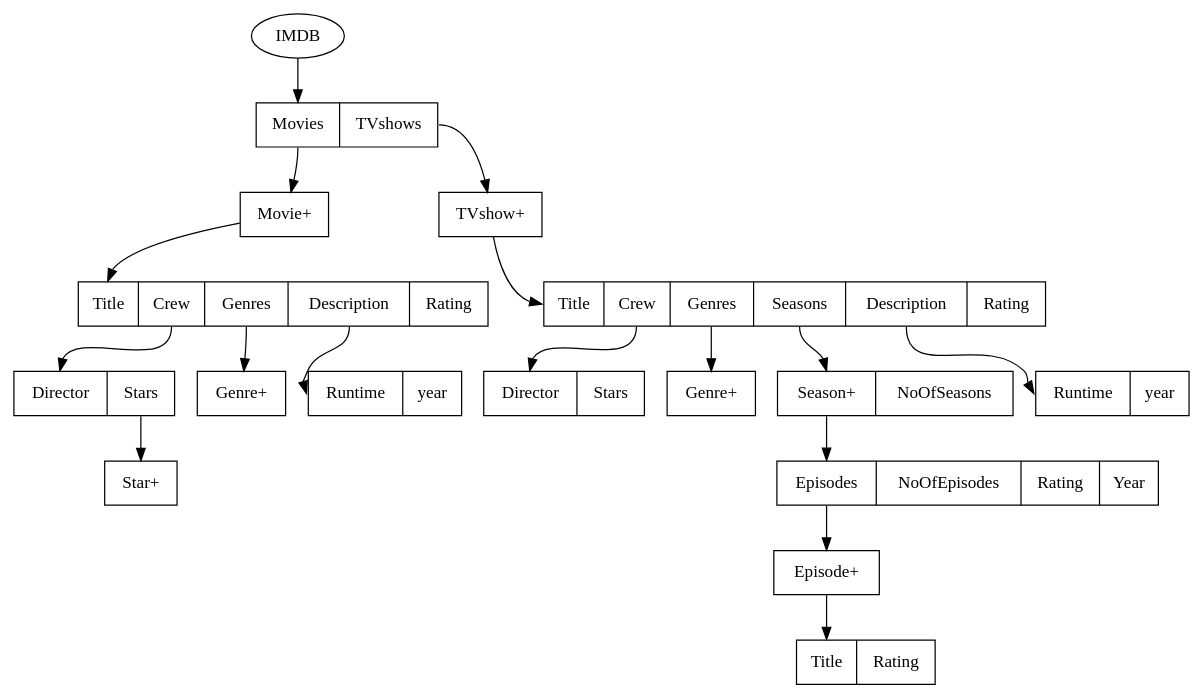
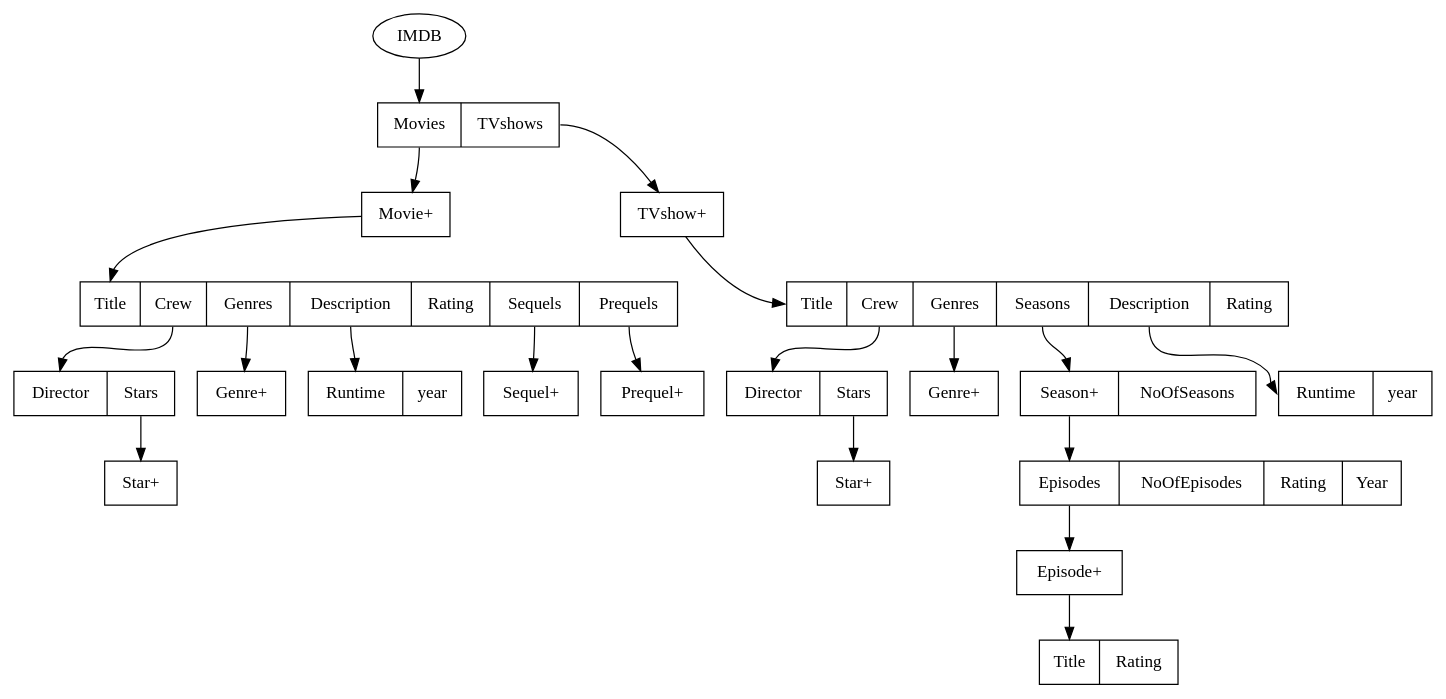
One commit to akhiln28/ontology_assignment1 changed the diagram in imdb.dot. Above: the diagram before and after it, drawn with Graphviz. The commit also changed 3 other files, not shown here.

Commit message:
Modified schema and GenIMDB.xml for validation

```diff
--- a/imdb.dot
+++ b/imdb.dot
@@ -1,50 +1,59 @@
 digraph g{
     IMDB[label="IMDB"]
     IMDB_table[label = "<f0>Movies|<f1>TVshows" shape = "record"]
     IMDB->IMDB_table:f0
 
     Movies_table[label = "Movie+" shape = "record"]
     IMDB_table:f0->Movies_table
 
-    Movie_table[label = "<f0> Title| <f1>Crew| <f2> Genres| <f3> Description| <f4> Rating" shape = "record"]
+    Movie_table[label = "<f0> Title| <f1>Crew| <f2> Genres| <f3> Description| <f4> Rating| <f5> Sequels| <f6> Prequels" shape = "record"]
     Movies_table->Movie_table:f0
 
     Crew_table[label="<f0> Director| <f1> Stars" shape = "record"]
     Movie_table:f1->Crew_table:f0
 
     Stars_table[label="Star+" shape = "record"]
     Crew_table:f1->Stars_table
 
     Genres_table[label = "Genre+" shape = "record"]
     Movie_table:f2->Genres_table
 
     Description_table[label = "<f0> Runtime| <f1> year" shape = "record"]
     Movie_table:f3->Description_table:f0
 
+    Sequels_table[label="Sequel+" shape = "record"]
+    Movie_table:f5->Sequels_table
+
+    Prequels_table[label = "Prequel+" shape = "record"]
+    Movie_table:f6->Prequels_table
+
     TVshows_table[label = "TVshow+" shape = "record"]
     IMDB_table:f1->TVshows_table
 
     TVshow_table[label = "<f0> Title| <f1> Crew| <f2> Genres| <f3> Seasons| <f4> Description| <f5> Rating" shape = "record"]
     TVshows_table->TVshow_table:f0
 
     Crew_table2[label = "<f0> Director| <f1> Stars" shape = "record"]
     TVshow_table:f1->Crew_table2:f0
+
+    Stars_table2[label="Star+" shape = "record"]
+    Crew_table2:f1->Stars_table2
 
     Genres_table2[label = "Genre+" shape = "record"]
     TVshow_table:f2->Genres_table2
 
     Seasons_table[label = "<f0> Season+| <f1> NoOfSeasons" shape = "record"]    
     TVshow_table:f3->Seasons_table:f0
 
     Season_table[label = "<f0> Episodes| <f1> NoOfEpisodes| <f2> Rating| <f3> Year" shape = "record"]
     Seasons_table:f0->Season_table:f0
 
     Episodes_table[label = "Episode+" shape = "record"]
     Season_table:f0->Episodes_table
     
     Episode_table[label = "<f0> Title| <f1> Rating" shape = "record"]
     Episodes_table->Episode_table:f0
 
     Description_table2[label = "<f0> Runtime| <f1> year" shape = "record"]
     TVshow_table:f4->Description_table2:f0
 }
```
